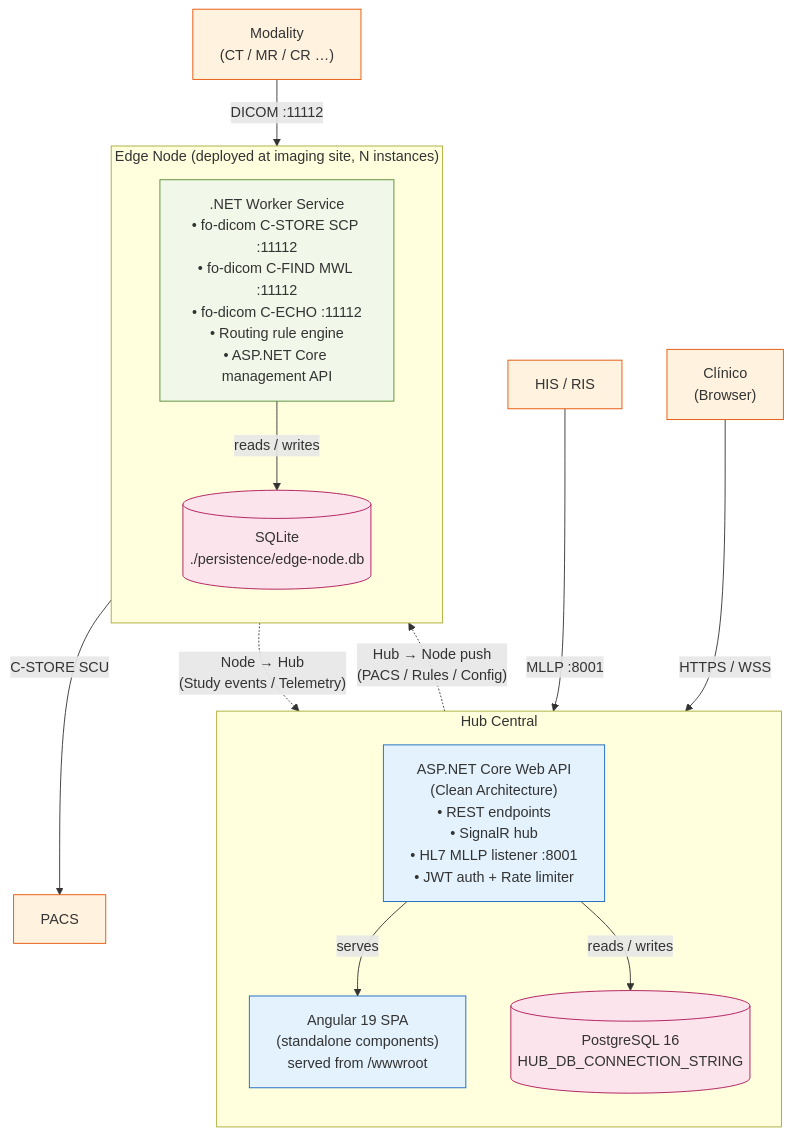
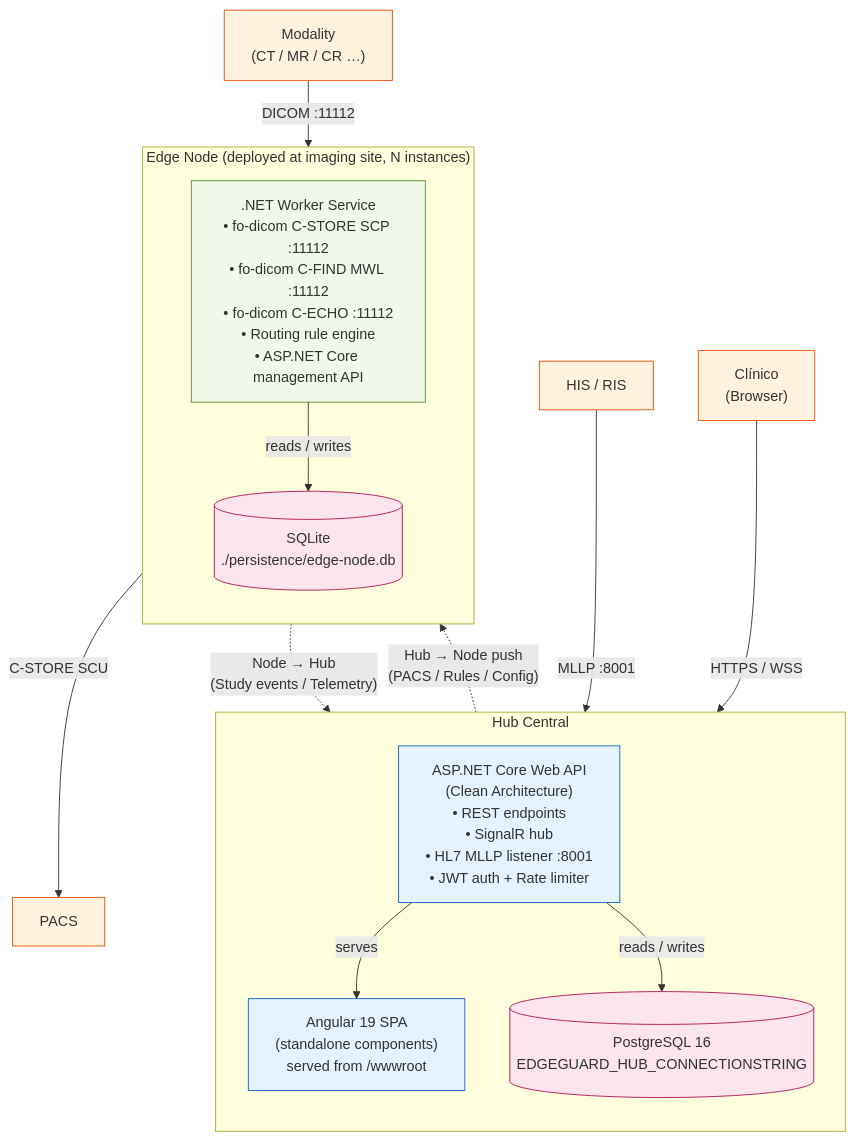
The second of 5 diagrams in EdgeGuard.Platform/docs/01-overview/architecture.md (UrielAvilaC/EdgeGuard.Platform), drawn with Mermaid before and after one commit. The commit also changed 9 other files, not shown here.

````diff
--- a/EdgeGuard.Platform/docs/01-overview/architecture.md
+++ b/EdgeGuard.Platform/docs/01-overview/architecture.md
@@ -53,39 +53,39 @@
 ```mermaid
 flowchart TB
     subgraph HubBox["Hub Central"]
         direction TB
         API["ASP.NET Core Web API<br/>(Clean Architecture)<br/>• REST endpoints<br/>• SignalR hub<br/>• HL7 MLLP listener :8001<br/>• JWT auth + Rate limiter"]
         SPA["Angular 19 SPA<br/>(standalone components)<br/>served from /wwwroot"]
-        PG[("PostgreSQL 16<br/>HUB_DB_CONNECTION_STRING")]
+        PG[("PostgreSQL 16<br/>EDGEGUARD_HUB_CONNECTIONSTRING")]
         API -- "serves" --> SPA
         API -- "reads / writes" --> PG
     end
 
     subgraph NodeBox["Edge Node (deployed at imaging site, N instances)"]
         direction TB
         Worker[".NET Worker Service<br/>• fo-dicom C-STORE SCP :11112<br/>• fo-dicom C-FIND MWL :11112<br/>• fo-dicom C-ECHO :11112<br/>• Routing rule engine<br/>• ASP.NET Core management API"]
         SQLite[("SQLite<br/>./persistence/edge-node.db")]
         Worker -- "reads / writes" --> SQLite
     end
 
     Modality["Modality<br/>(CT / MR / CR …)"]
     HIS["HIS / RIS"]
     PACS["PACS"]
     Browser["Clínico<br/>(Browser)"]
 
     Modality -- "DICOM :11112" --> Worker
     HIS -- "MLLP :8001" --> API
     Browser -- "HTTPS / WSS" --> API
     API -. "Hub → Node push<br/>(PACS / Rules / Config)" .-> Worker
     Worker -. "Node → Hub<br/>(Study events / Telemetry)" .-> API
     Worker -- "C-STORE SCU" --> PACS
 
     classDef hub fill:#e3f2fd,stroke:#1565c0
     classDef node fill:#f1f8e9,stroke:#558b2f
     classDef external fill:#fff3e0,stroke:#e65100
     classDef db fill:#fce4ec,stroke:#ad1457
     class API,SPA hub
     class Worker node
     class PG,SQLite db
     class Modality,HIS,PACS,Browser external
 ```
````
